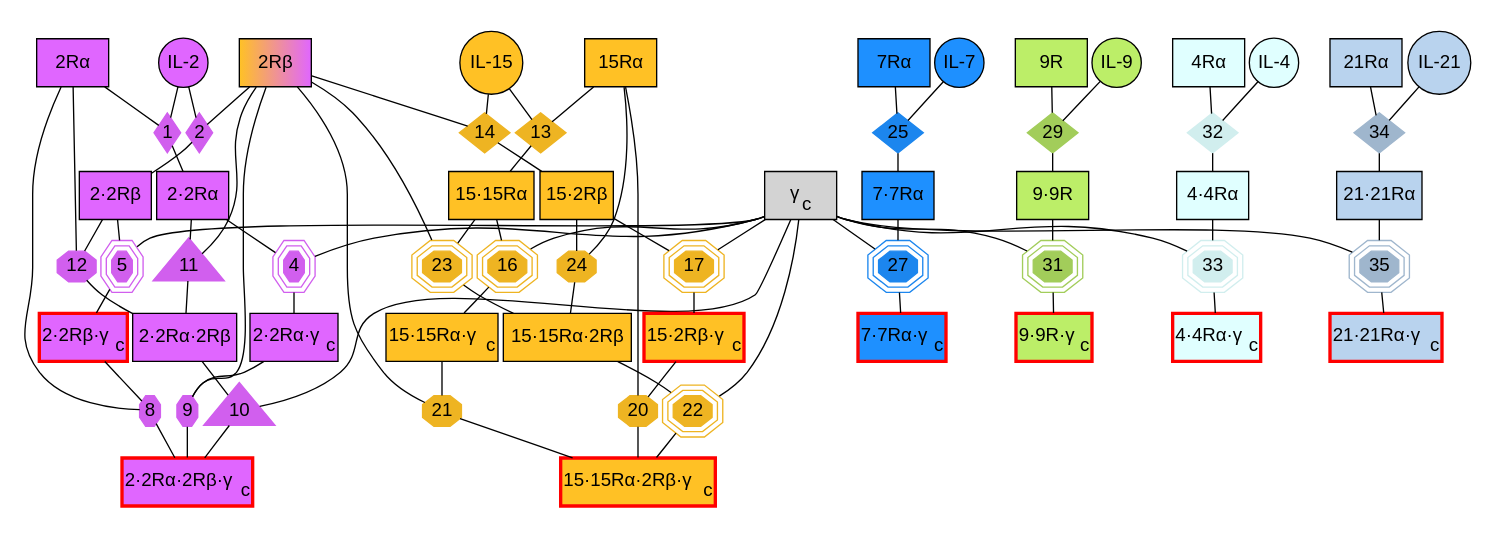
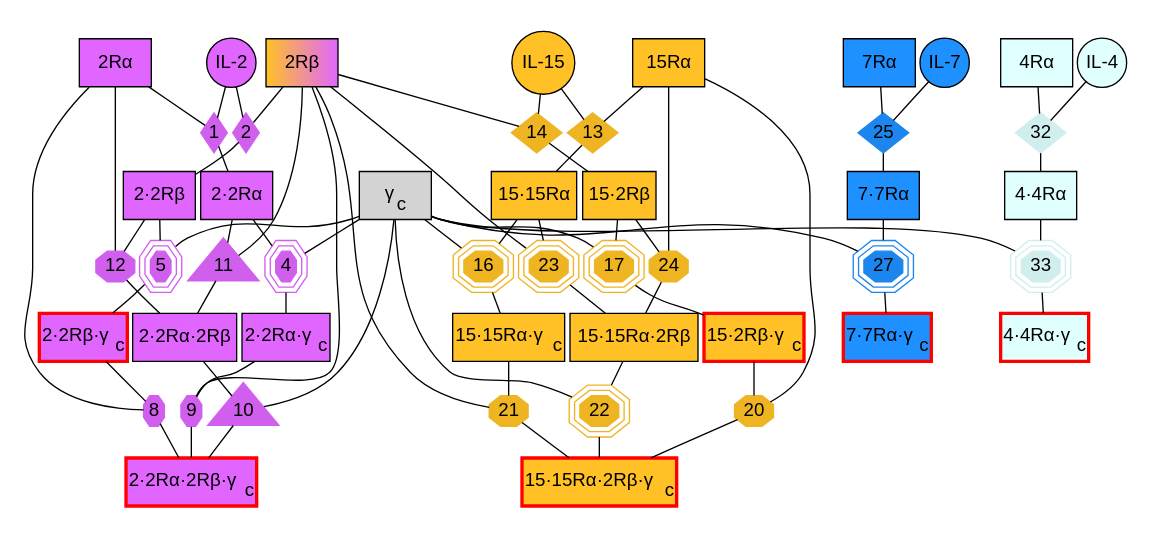
The diagram in ckine/data/graph_all.gv (meyer-lab/gc-cytokines), drawn with Graphviz before and after one commit.

```diff
--- a/ckine/data/graph_all.gv
+++ b/ckine/data/graph_all.gv
@@ -37,20 +37,10 @@
         "7·7Rα" [shape=box, fontname = "helvetica", fillcolor=dodgerblue, style=filled];
         "7·7Rα·gc"  [label=<7·7Rα·γ<SUB>c</SUB>>, shape=box, color=red, fontname = "helvetica", fillcolor=dodgerblue, style=filled, penwidth=2.5];
 
-        "IL-9"   [shape=circle, fontname = "helvetica", fillcolor=darkolivegreen2, style=filled];
-        "9R" [shape=box , fontname = "helvetica" , fillcolor=darkolivegreen2, style=filled  ];
-        "9·9R" [shape=box, fontname = "helvetica", fillcolor=darkolivegreen2, style=filled];
-        "9·9R·gc" [label=<9·9R·γ<SUB>c</SUB>>, shape=box, color=red, fontname = "helvetica", fillcolor=darkolivegreen2, style=filled , penwidth=2.5];
-
         "IL-4"   [shape=circle, fontname = "helvetica", fillcolor=lightcyan, style=filled];
         "4Rα" [shape=box, fontname = "helvetica" , fillcolor=lightcyan, style=filled   ];
         "4·4Rα" [shape=box, fontname = "helvetica", fillcolor=lightcyan, style=filled];
         "4·4Rα·gc" [label=<4·4Rα·γ<SUB>c</SUB>>, shape=box, color=red, fontname = "helvetica" , fillcolor=lightcyan, style=filled , penwidth=2.5];
-
-        "IL-21"   [shape=circle, fontname = "helvetica", fillcolor=slategray2, style=filled];
-        "21Rα" [shape=box , fontname = "helvetica", fillcolor=slategray2, style=filled   ];
-        "21·21Rα" [shape=box, fontname = "helvetica", fillcolor=slategray2, style=filled];
-        "21·21Rα·gc" [label=<21·21Rα·γ<SUB>c</SUB>>, shape=box, color=red, fontname = "helvetica", fillcolor=slategray2, style=filled , penwidth=2.5 ];
     }
 
     subgraph cluster_IL2 {
@@ -170,22 +160,6 @@
         "27" -> "7·7Rα·gc";
     }
 
-    subgraph cluster_IL9 {
-    	node [style=filled,color=darkolivegreen3, margin=0];
-        edge [dir=none, weight=1];
-        penwidth=0;
-        
-        "29" [shape=diamond, style=filled, height=.1, width=.1, fontname = "helvetica"];
-        "IL-9" -> "29";
-        "9R" -> "29";
-        "29" -> "9·9R";
-
-        "31" [shape=tripleoctagon,style=filled,height=.1,width=.1, fontname = "helvetica"];
-        "9·9R" -> "31";
-        "gc" -> "31";
-        "31" -> "9·9R·gc";
-    }
-
     subgraph cluster_IL4 {
     	node [style=filled, color=lightcyan2, margin=0];
         edge [dir=none, weight=1];
@@ -201,19 +175,4 @@
         "gc" -> "33";
         "33" -> "4·4Rα·gc";
     }
-    subgraph cluster_IL21 {
-    	node [style=filled, color=slategray3, margin=0];
-        edge [dir=none, weight=1];
-        penwidth=0;
-        
-        "34" [shape=diamond,style=filled,height=.1,width=.1, fontname = "helvetica"];
-        "IL-21" -> "34";
-        "21Rα" -> "34";
-        "34" -> "21·21Rα";
-
-        "35" [shape=tripleoctagon,style=filled, height=.1, width=.1, fontname = "helvetica"];
-        "21·21Rα" -> "35";
-        "gc" -> "35";
-        "35" -> "21·21Rα·gc";
-    }
 }
```
